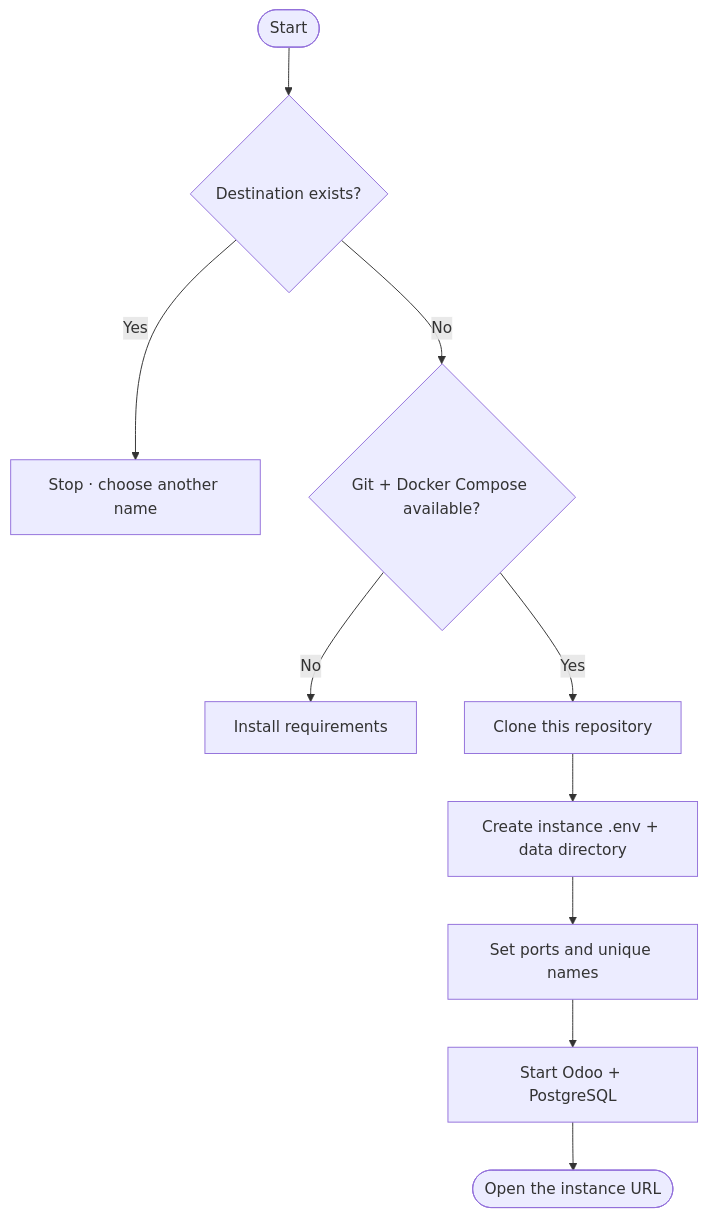
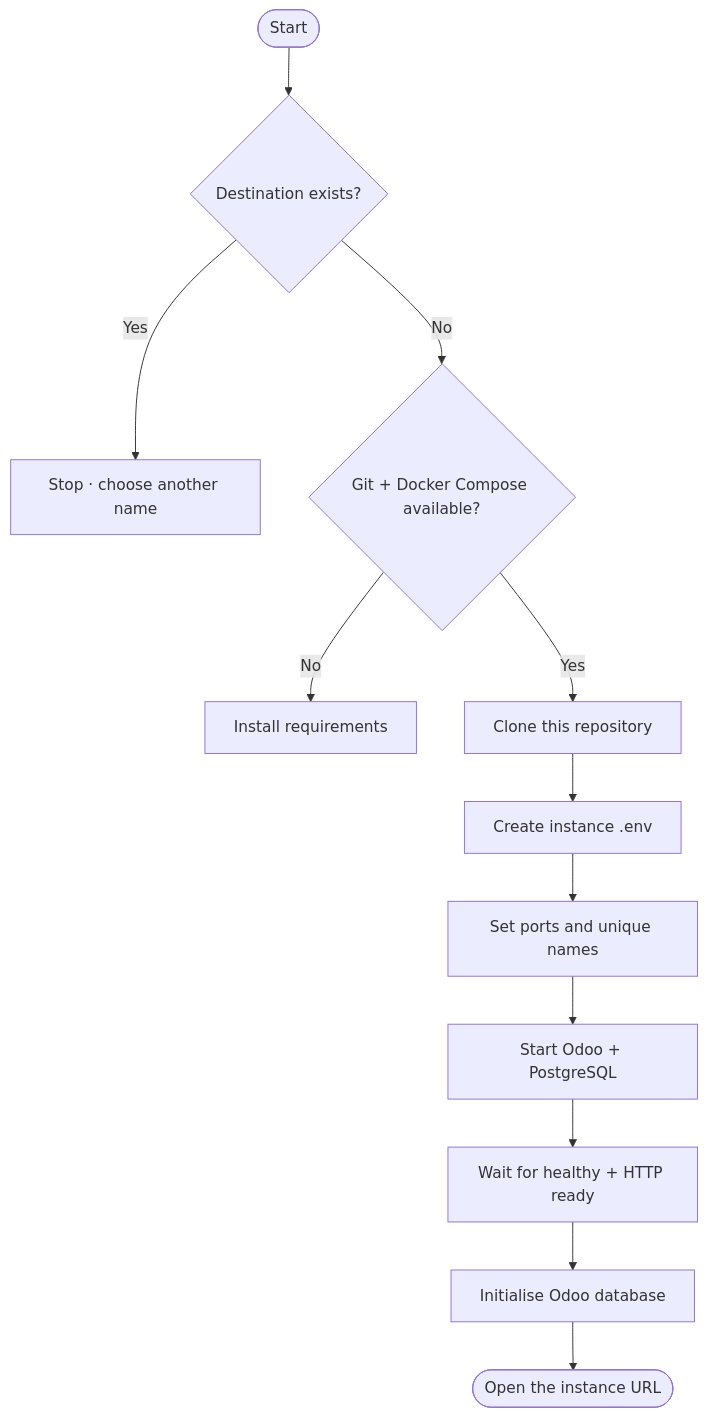
Before and after one commit to abdalazeim/InstallingOdoo20-Docker-Deployment: the second of 3 diagrams in README.md, drawn with Mermaid. The commit also changed other lines of this file and 6 other files, not shown here.

````diff
--- a/README.md
+++ b/README.md
@@ -166,12 +207,14 @@
 ```mermaid
 flowchart TD
     A([Start]) --> B{Destination exists?}
     B -->|Yes| X[Stop · choose another name]
     B -->|No| C{Git + Docker Compose available?}
     C -->|No| Y[Install requirements]
     C -->|Yes| D[Clone this repository]
-    D --> E[Create instance .env + data directory]
+    D --> E[Create instance .env]
     E --> F[Set ports and unique names]
     F --> G[Start Odoo + PostgreSQL]
-    G --> H([Open the instance URL])
+    G --> H[Wait for healthy + HTTP ready]
+    H --> I[Initialise Odoo database]
+    I --> J([Open the instance URL])
 ```
````
